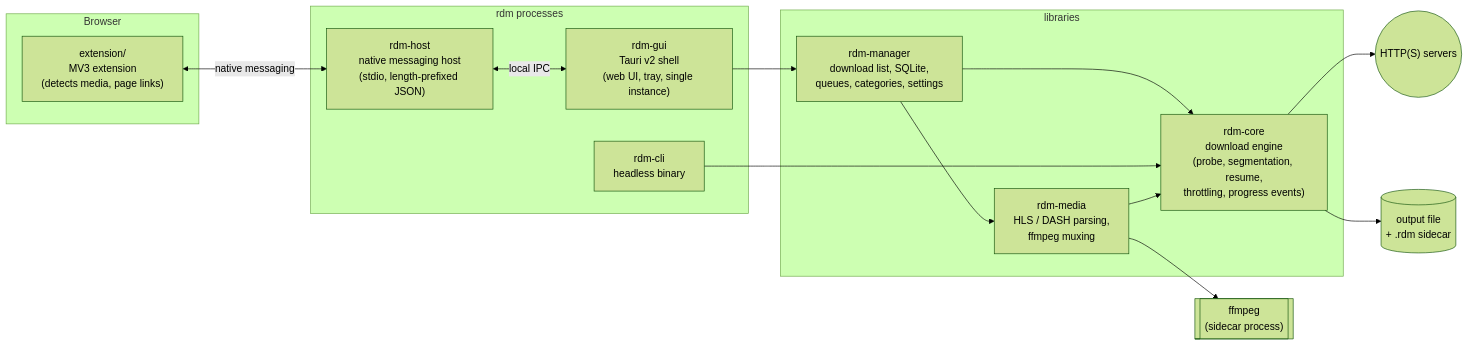
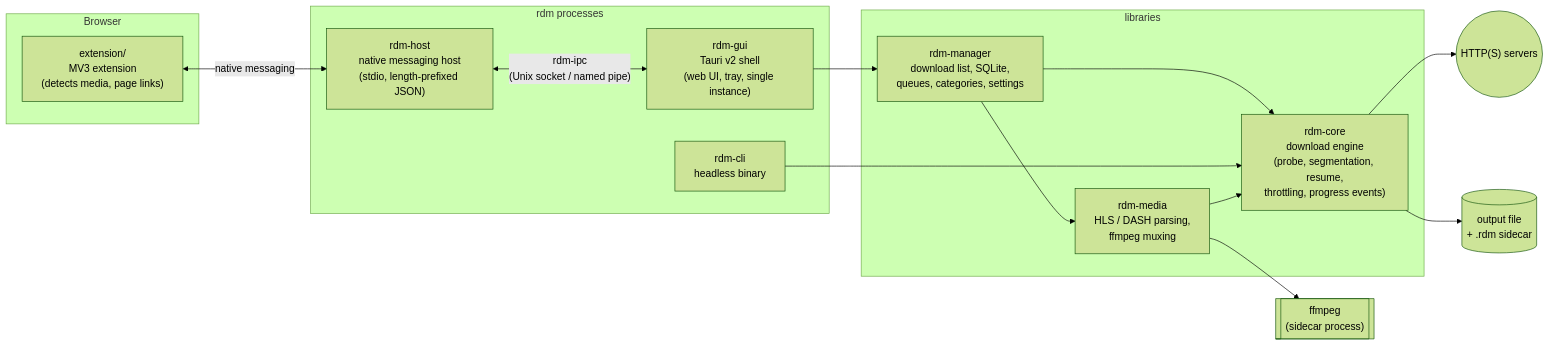
Before and after one commit to Mudales/rdm: the diagram in README.md, drawn with Mermaid (forest theme). The commit also changed other lines of this file and 41 other files, not shown here.

````diff
--- a/README.md
+++ b/README.md
@@ -14,33 +15,33 @@
 ```mermaid
 flowchart LR
     subgraph Browser
         EXT["extension/<br/>MV3 extension<br/>(detects media, page links)"]
     end
 
     subgraph rdm["rdm processes"]
         HOST["rdm-host<br/>native messaging host<br/>(stdio, length-prefixed JSON)"]
         GUI["rdm-gui<br/>Tauri v2 shell<br/>(web UI, tray, single instance)"]
         CLI["rdm-cli<br/>headless binary"]
     end
 
     subgraph libs["libraries"]
         MGR["rdm-manager<br/>download list, SQLite,<br/>queues, categories, settings"]
         MEDIA["rdm-media<br/>HLS / DASH parsing,<br/>ffmpeg muxing"]
         CORE["rdm-core<br/>download engine<br/>(probe, segmentation, resume,<br/>throttling, progress events)"]
     end
 
     FFMPEG[["ffmpeg<br/>(sidecar process)"]]
     NET(("HTTP(S) servers"))
     DISK[("output file<br/>+ .rdm sidecar")]
 
     EXT <-- "native messaging" --> HOST
-    HOST <-- "local IPC" --> GUI
+    HOST <-- "rdm-ipc<br/>(Unix socket / named pipe)" --> GUI
     GUI --> MGR
     MGR --> MEDIA
     MGR --> CORE
     CLI --> CORE
     MEDIA --> CORE
     MEDIA --> FFMPEG
     CORE --> NET
     CORE --> DISK
 ```
````
